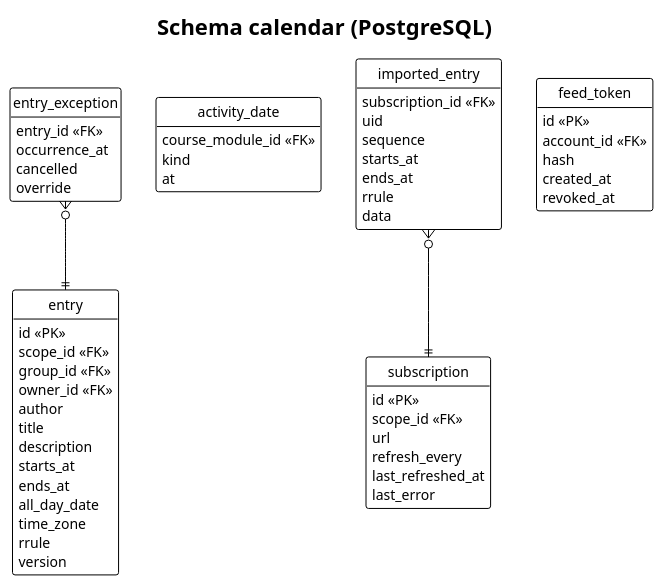
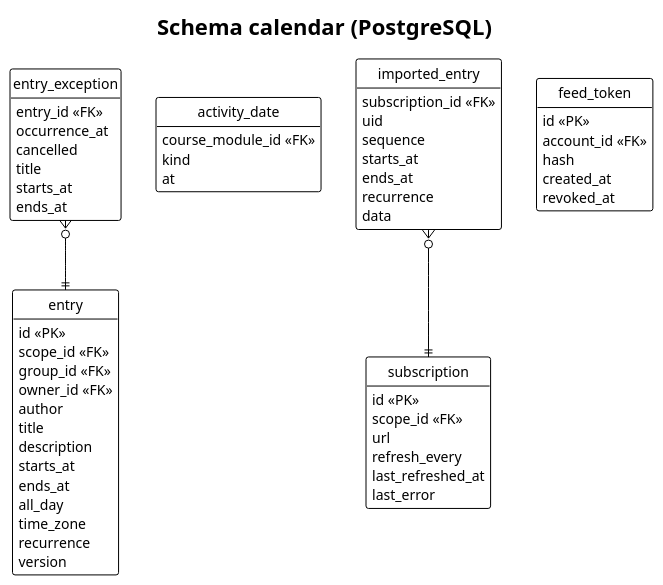
The diagram in docs/03-design/data-model/calendar.puml (didactika/kampus), drawn with PlantUML before and after one commit. The commit also changed 19 other files, not shown here.

First line of the commit message:
feat(calendar): recurring, all-day and group entries, and changes of single occurrences

```diff
--- a/docs/03-design/data-model/calendar.puml
+++ b/docs/03-design/data-model/calendar.puml
@@ -1,61 +1,63 @@
 @startuml
 !theme plain
 hide empty members
 hide circle
 skinparam linetype ortho
 title Schema calendar (PostgreSQL)
 
 entity entry {
   id <<PK>>
   scope_id <<FK>>
   group_id <<FK>>
   owner_id <<FK>>
   author
   title
   description
   starts_at
   ends_at
-  all_day_date
+  all_day
   time_zone
-  rrule
+  recurrence
   version
 }
 entity entry_exception {
   entry_id <<FK>>
   occurrence_at
   cancelled
-  override
+  title
+  starts_at
+  ends_at
 }
 entity activity_date {
   course_module_id <<FK>>
   kind
   at
 }
 entity subscription {
   id <<PK>>
   scope_id <<FK>>
   url
   refresh_every
   last_refreshed_at
   last_error
 }
 entity imported_entry {
   subscription_id <<FK>>
   uid
   sequence
   starts_at
   ends_at
-  rrule
+  recurrence
   data
 }
 entity feed_token {
   id <<PK>>
   account_id <<FK>>
   hash
   created_at
   revoked_at
 }
 
 entry_exception }o--|| entry
 imported_entry }o--|| subscription
 @enduml
```
